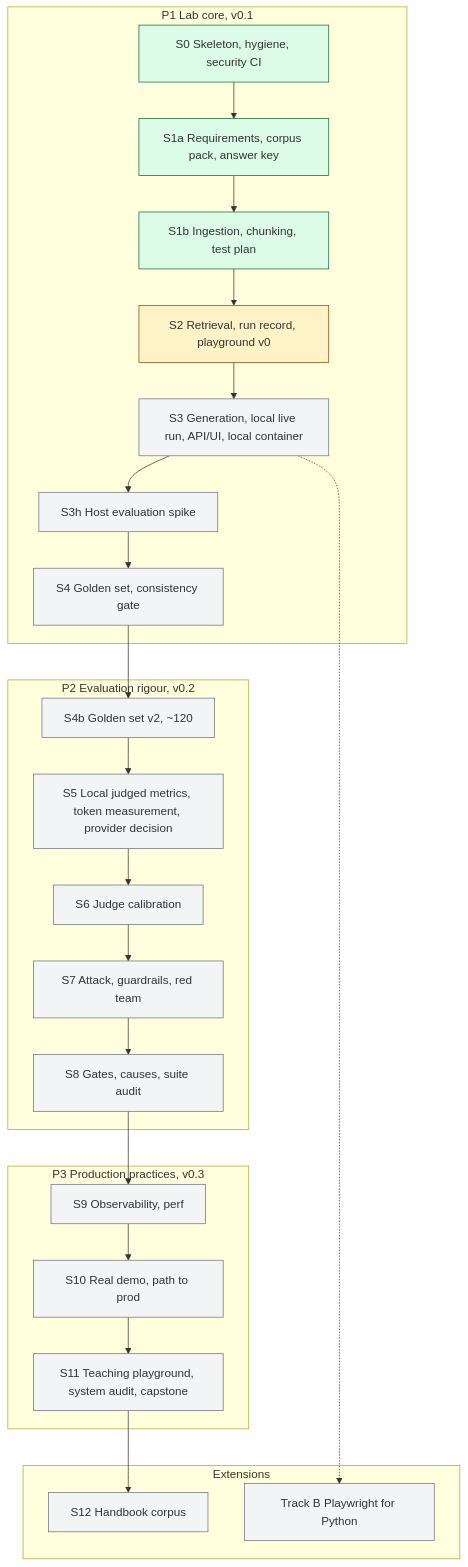
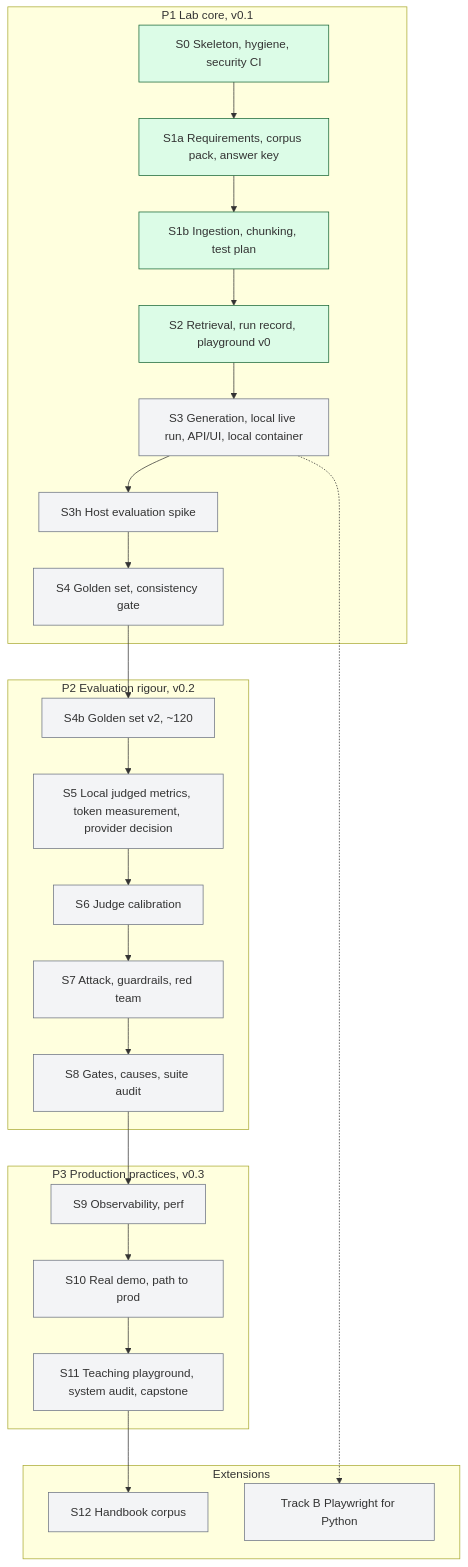
Before and after one commit to willcoliveira/ai-testing-rag-lab: the diagram in README.md, drawn with Mermaid. The commit also changed other lines of this file and 4 other files, not shown here.

````diff
--- a/README.md
+++ b/README.md
@@ -21,26 +21,25 @@
 ```mermaid
 flowchart TB
   subgraph P1[P1 Lab core, v0.1]
     S0[S0 Skeleton, hygiene, security CI] --> S1a[S1a Requirements, corpus pack, answer key] --> S1b[S1b Ingestion, chunking, test plan] --> S2[S2 Retrieval, run record, playground v0] --> S3[S3 Generation, local live run, API/UI, local container] --> S3h[S3h Host evaluation spike] --> S4[S4 Golden set, consistency gate]
   end
   subgraph P2[P2 Evaluation rigour, v0.2]
     S4b[S4b Golden set v2, ~120] --> S5[S5 Local judged metrics, token measurement, provider decision] --> S6[S6 Judge calibration] --> S7[S7 Attack, guardrails, red team] --> S8[S8 Gates, causes, suite audit]
   end
   subgraph P3[P3 Production practices, v0.3]
     S9[S9 Observability, perf] --> S10[S10 Real demo, path to prod] --> S11[S11 Teaching playground, system audit, capstone]
   end
   subgraph EXT[Extensions]
     S12[S12 Handbook corpus]
     B[Track B Playwright for Python]
   end
   S4 --> S4b
   S8 --> S9
   S11 --> S12
   S3 -.-> B
   classDef todo fill:#f3f4f6,stroke:#6b7280
   classDef wip fill:#fef3c7,stroke:#92400e
   classDef done fill:#dcfce7,stroke:#166534
-  class S0,S1a,S1b done
-  class S2 wip
+  class S0,S1a,S1b,S2 done
   class S3,S3h,S4,S4b,S5,S6,S7,S8,S9,S10,S11,S12,B todo
 ```
````
